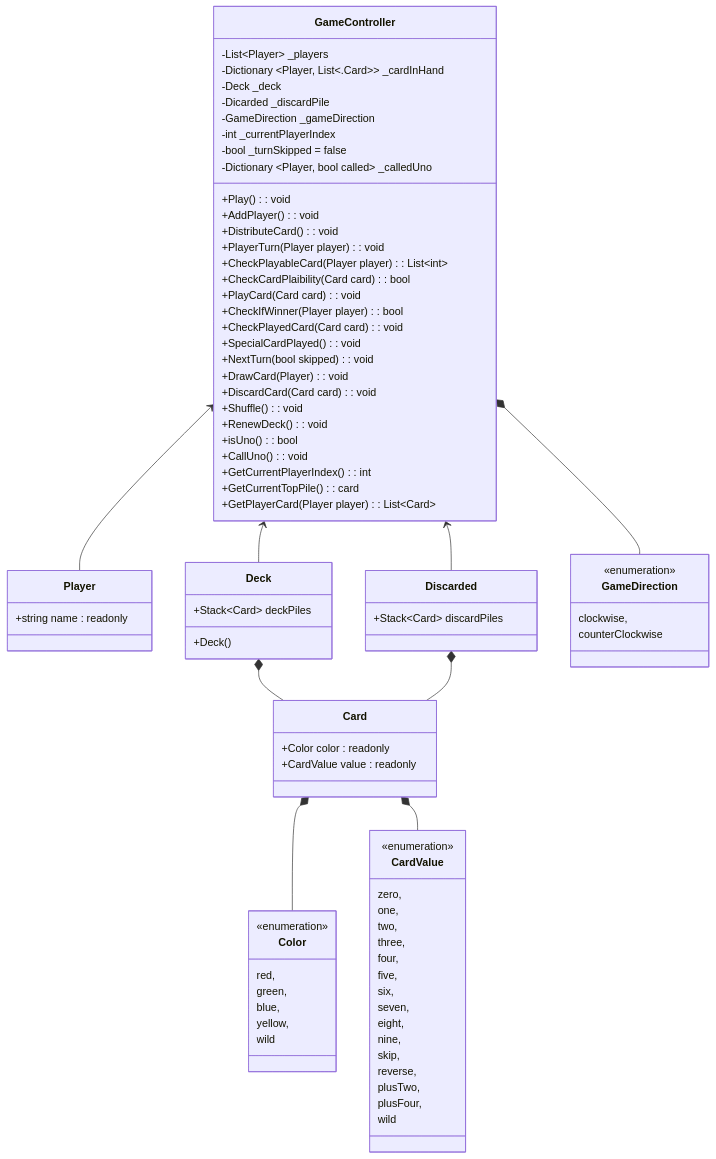
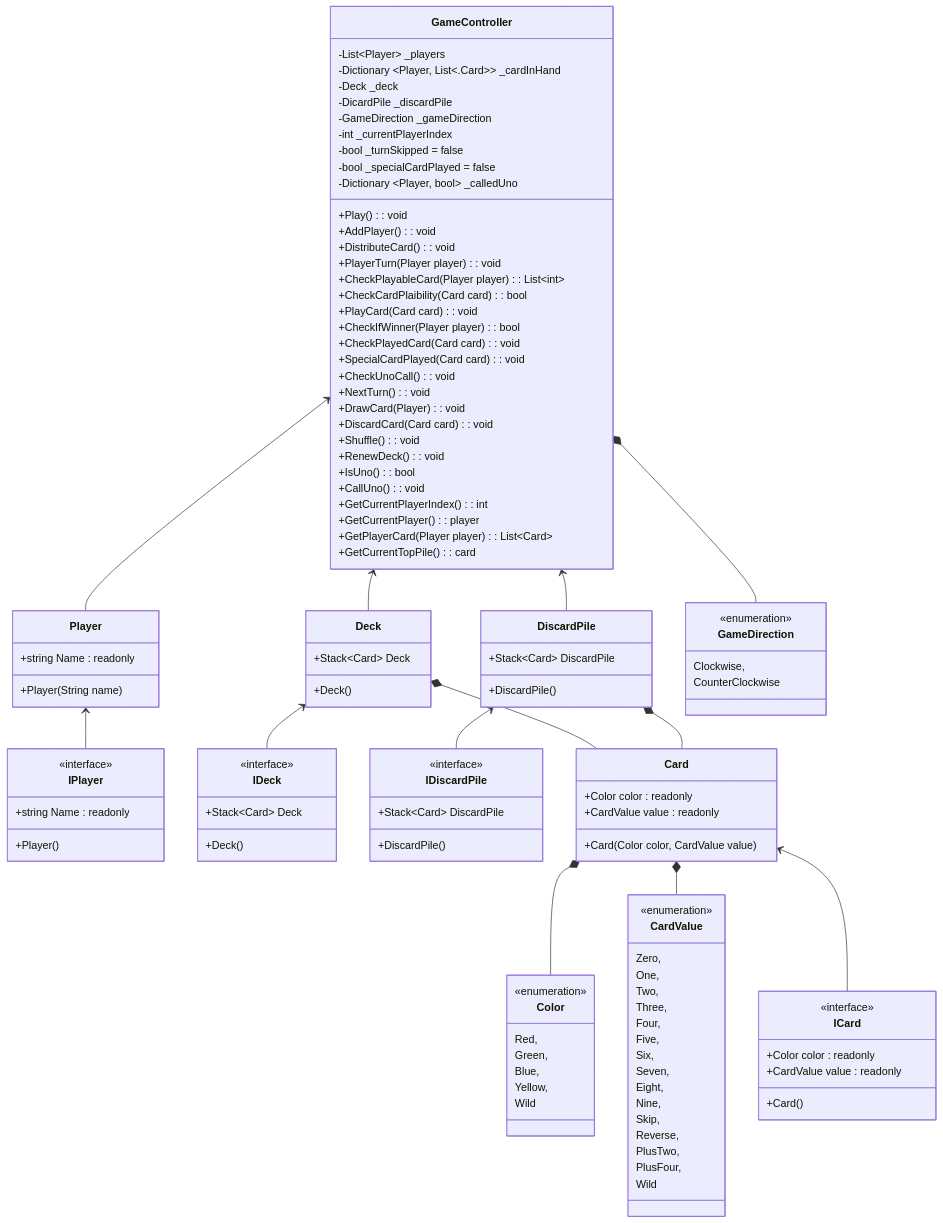
Before and after one commit to waskithag/Formulatrix_bc: the diagram in Class Diagram/uno.md, drawn with Mermaid.

````diff
--- a/Class Diagram/uno.md
+++ b/Class Diagram/uno.md
@@ -1,32 +1,67 @@
 ```mermaid
 classDiagram
+%%Interfaces
+    class ICard {
+        <<interface>>
+        +Color color : readonly
+        +CardValue value : readonly
+        +Card()
+    }
+
+    class IPlayer{
+        <<interface>>
+        +string Name : readonly 
+        +Player()
+
+    }
+
+    class IDeck{
+        <<interface>>
+        +Stack~Card~ Deck  
+        +Deck()
+    }
+
+    class IDiscardPile{
+        <<interface>>
+        +Stack~Card~ DiscardPile
+        +DiscardPile()
+    }
+
+     %%Classes
+    
     class Card {
         +Color color : readonly
         +CardValue value : readonly
+        +Card(Color color, CardValue value)
     }
 
+   
     class Player{
-        +string name : readonly 
+        +string Name : readonly 
+        +Player(String name)
+
     }
 
     class Deck{
-        +Stack~Card~ deckPiles  
+        +Stack~Card~ Deck  
         +Deck()
     }
 
-    class Discarded{
-        +Stack~Card~ discardPiles
+    class DiscardPile{
+        +Stack~Card~ DiscardPile
+        +DiscardPile()
     }
 
     class GameController{
         -List~Player~  _players
         -Dictionary ~Player, List<.Card>~  _cardInHand  
         -Deck _deck 
-        -Dicarded _discardPile
+        -DicardPile _discardPile
         -GameDirection _gameDirection 
         -int _currentPlayerIndex 
         -bool _turnSkipped = false 
-        -Dictionary ~Player, bool called~  _calledUno 
+        -bool _specialCardPlayed = false
+        -Dictionary ~Player, bool~  _calledUno 
 
         +Play() : void
         +AddPlayer() : void
@@ -38,65 +73,72 @@
         +PlayCard(Card card) : void
         +CheckIfWinner(Player player) : bool
         +CheckPlayedCard(Card card) : void
-        +SpecialCardPlayed() : void
+        +SpecialCardPlayed(Card card) : void
 
-        +NextTurn(bool skipped) : void
+        +CheckUnoCall() : void
+        +NextTurn() : void
 
         +DrawCard(Player) : void
         +DiscardCard(Card card) : void
         +Shuffle() : void
         +RenewDeck() : void
 
-        +isUno() : bool
+        +IsUno() : bool
         +CallUno() : void
 
         +GetCurrentPlayerIndex() : int
+        +GetCurrentPlayer() : player
+        +GetPlayerCard(Player player) : List~Card~
         +GetCurrentTopPile() : card
-        +GetPlayerCard(Player player) : List~Card~
      }
 
     class Color{
         <<enumeration>>
-        red,
-        green,
-        blue,
-        yellow,
-        wild
+        Red,
+        Green,
+        Blue,
+        Yellow,
+        Wild
     }
     
     class CardValue{
         <<enumeration>>
-        zero,
-        one,
-        two,
-        three,
-        four,
-        five,
-        six,
-        seven,
-        eight,
-        nine,
-        skip,
-        reverse,
-        plusTwo,
-        plusFour,
-        wild
+        Zero,
+        One,
+        Two,
+        Three,
+        Four,
+        Five,
+        Six,
+        Seven,
+        Eight,
+        Nine,
+        Skip,
+        Reverse,
+        PlusTwo,
+        PlusFour,
+        Wild
     }
 
     class GameDirection{
         <<enumeration>>
-        clockwise,
-        counterClockwise
+        Clockwise,
+        CounterClockwise
     }
 
     Deck *-- Card
-    Discarded *-- Card 
+    DiscardPile *-- Card 
 
     Card *-- Color
     Card *-- CardValue
     
     GameController <-- Player
     GameController <-- Deck
-    GameController <-- Discarded
+    GameController <-- DiscardPile
     GameController *-- GameDirection
+
+    Card <-- ICard
+    Player <-- IPlayer
+    Deck <-- IDeck
+    DiscardPile <-- IDiscardPile
 ```
````
